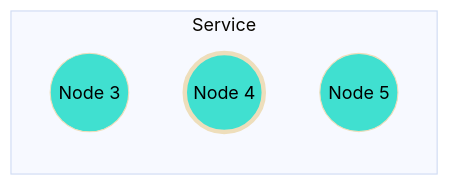
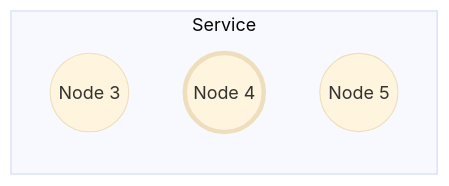
The sixth of 6 diagrams in doc/operations/code_upgrade.rst (microsoft/CCF), drawn with Mermaid (base theme) before and after one commit. The commit also changed other lines of this file and 3 other files, not shown here.

First line of the commit message:
Use Pele defaults for diagram rendering

```diff
--- a/doc/operations/code_upgrade.rst
+++ b/doc/operations/code_upgrade.rst
@@ -165,15 +140,11 @@
 .. mermaid::
 
     graph LR;
-        classDef NewNode fill:Turquoise,color:black
         classDef Primary stroke-width:4px
 
         subgraph Service
             Node3((Node 3))
             Node4((Node 4))
             class Node4 Primary
             Node5((Node 5))
-            class Node3 NewNode
-            class Node4 NewNode
-            class Node5 NewNode
         end
```
